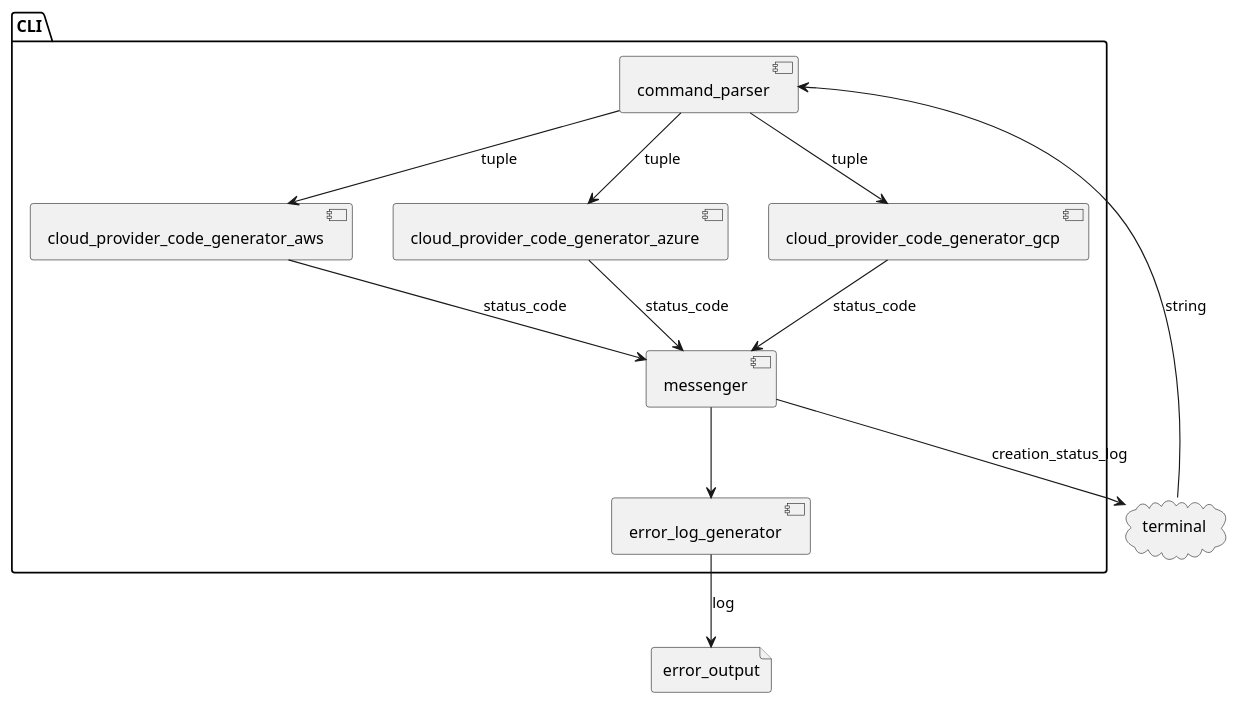
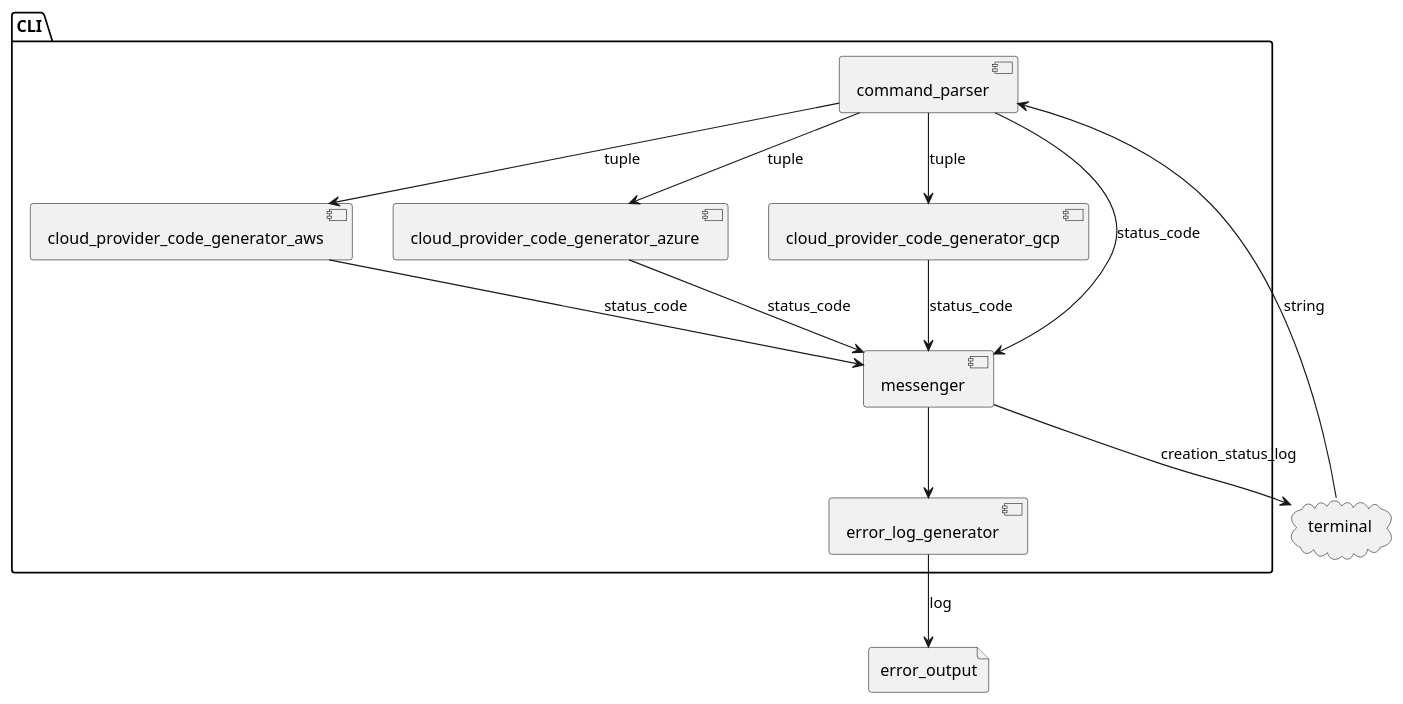
One commit to morallito/gilfoyle changed the diagram in architecture/puml/architecture.plantuml. Above: the diagram before and after it, drawn with PlantUML. The commit also changed 2 other files, not shown here.

```diff
--- a/architecture/puml/architecture.plantuml
+++ b/architecture/puml/architecture.plantuml
@@ -1,31 +1,31 @@
 @startuml
 !pragma useVerticalIf on
 cloud terminal
 file error_output
 package "CLI" {
   [command_parser]
   [cloud_provider_code_generator_aws]
   [cloud_provider_code_generator_azure]
   [cloud_provider_code_generator_gcp]
   [messenger]
   [error_log_generator]
 }
 
 
 terminal --> command_parser : string
-
+command_parser --> messenger : status_code
 command_parser -->  cloud_provider_code_generator_aws : tuple
 
 command_parser -->  cloud_provider_code_generator_azure : tuple
 
 command_parser -->  cloud_provider_code_generator_gcp : tuple
 
 cloud_provider_code_generator_aws --> messenger : status_code
 cloud_provider_code_generator_azure --> messenger : status_code
 cloud_provider_code_generator_gcp --> messenger : status_code
 
 messenger --> terminal : creation_status_log
 messenger --> error_log_generator
 error_log_generator --> error_output : log
 
 @enduml
```
